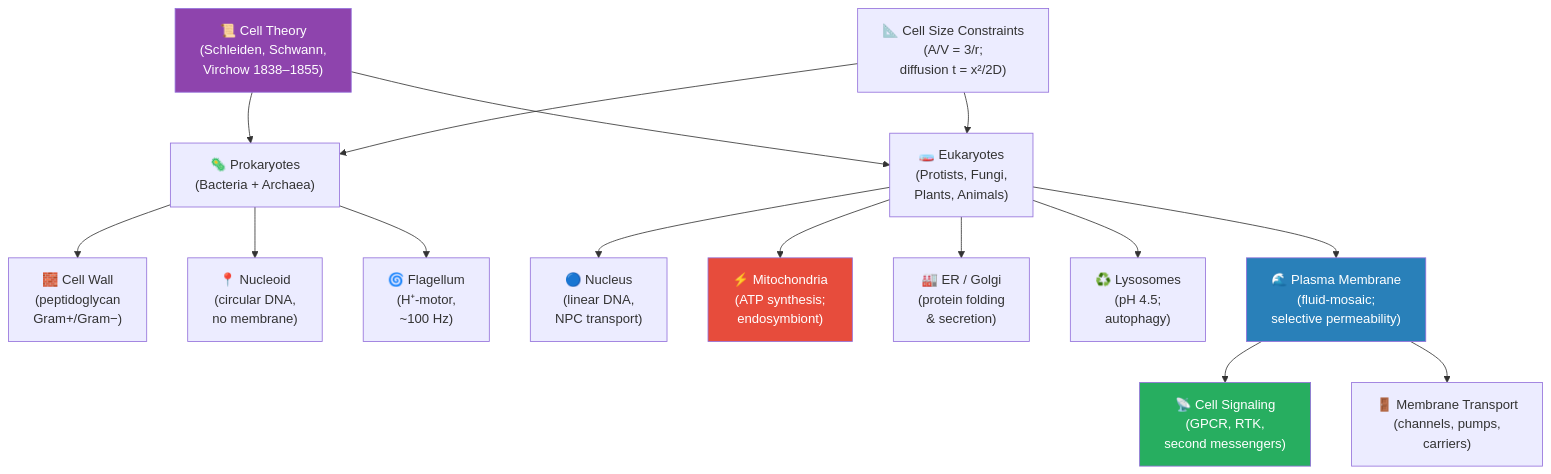
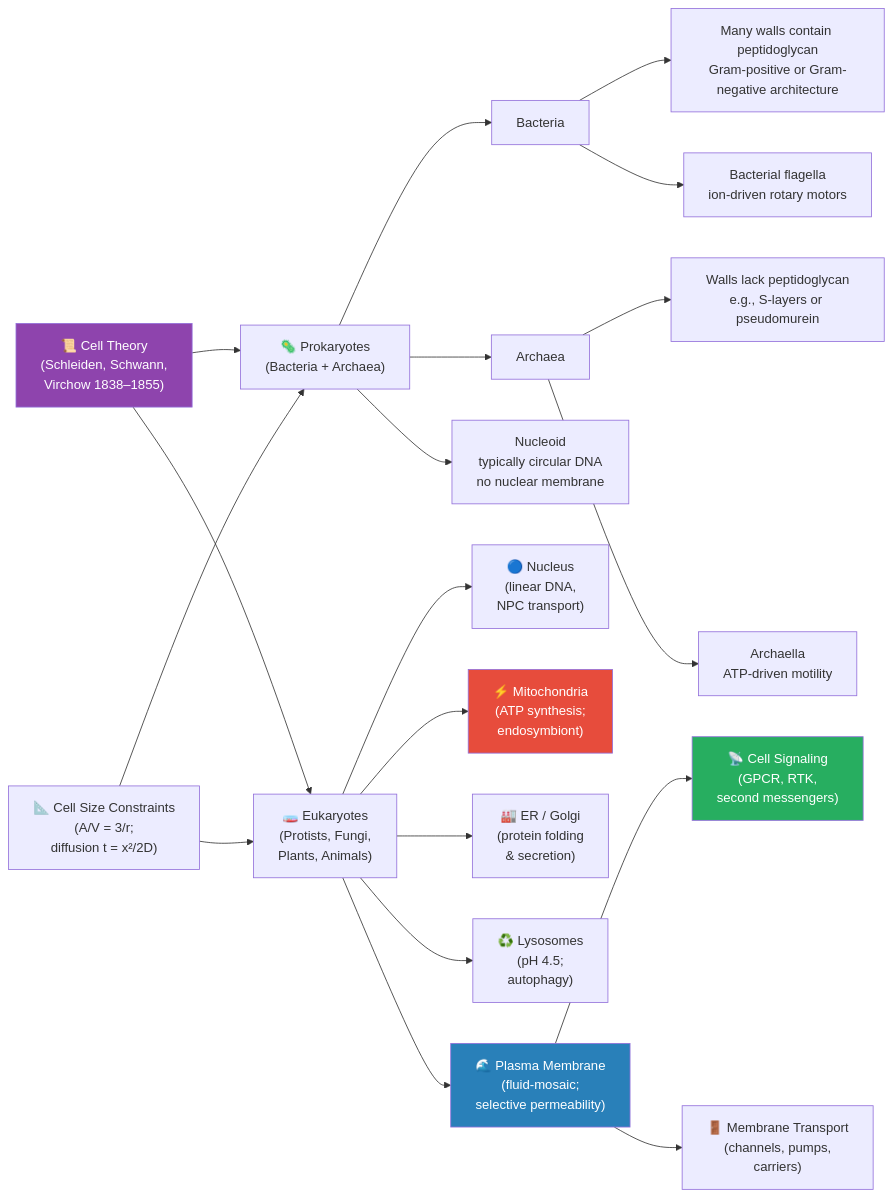
The diagram in docs/manuscript/unit_II/unit_intro.md (docxology/biology_textbook), drawn with Mermaid before and after one commit. The commit also changed other lines of this file and 444 other files, not shown here.

````diff
--- a/docs/manuscript/unit_II/unit_intro.md
+++ b/docs/manuscript/unit_II/unit_intro.md
@@ -45,26 +41,30 @@
 ```mermaid
-graph TD
+graph LR
     CT["📜 Cell Theory<br/>(Schleiden, Schwann,<br/>Virchow 1838–1855)"] --> PRO["🦠 Prokaryotes<br/>(Bacteria + Archaea)"]
     CT --> EUK["🧫 Eukaryotes<br/>(Protists, Fungi,<br/>Plants, Animals)"]
 
-    PRO --> PW["🧱 Cell Wall<br/>(peptidoglycan<br/>Gram+/Gram−)"]
-    PRO --> NU["📍 Nucleoid<br/>(circular DNA,<br/>no membrane)"]
-    PRO --> FL["🌀 Flagellum<br/>(H⁺-motor,<br/>~100 Hz)"]
+    PRO --> BAC["Bacteria"]
+    PRO --> ARC["Archaea"]
+    BAC --> PW["Many walls contain peptidoglycan<br/>Gram-positive or Gram-negative architecture"]
+    PRO --> NU["Nucleoid<br/>typically circular DNA<br/>no nuclear membrane"]
+    BAC --> FL["Bacterial flagella<br/>ion-driven rotary motors"]
+    ARC --> AW["Walls lack peptidoglycan<br/>e.g., S-layers or pseudomurein"]
+    ARC --> AF["Archaella<br/>ATP-driven motility"]
 
     EUK --> NUC["🔵 Nucleus<br/>(linear DNA,<br/>NPC transport)"]
     EUK --> MIT["⚡ Mitochondria<br/>(ATP synthesis;<br/>endosymbiont)"]
     EUK --> ER["🏭 ER / Golgi<br/>(protein folding<br/>& secretion)"]
     EUK --> LYS["♻️ Lysosomes<br/>(pH 4.5;<br/>autophagy)"]
 
     EUK --> MEMB["🌊 Plasma Membrane<br/>(fluid-mosaic;<br/>selective permeability)"]
     MEMB --> SIG["📡 Cell Signaling<br/>(GPCR, RTK,<br/>second messengers)"]
     MEMB --> TRP["🚪 Membrane Transport<br/>(channels, pumps,<br/>carriers)"]
 
     SIZE["📐 Cell Size Constraints<br/>(A/V = 3/r;<br/>diffusion t = x²/2D)"] --> PRO
     SIZE --> EUK
 
     style CT fill:#8e44ad,color:#fff
     style MIT fill:#e74c3c,color:#fff
     style MEMB fill:#2980b9,color:#fff
     style SIG fill:#27ae60,color:#fff
 ```
````
